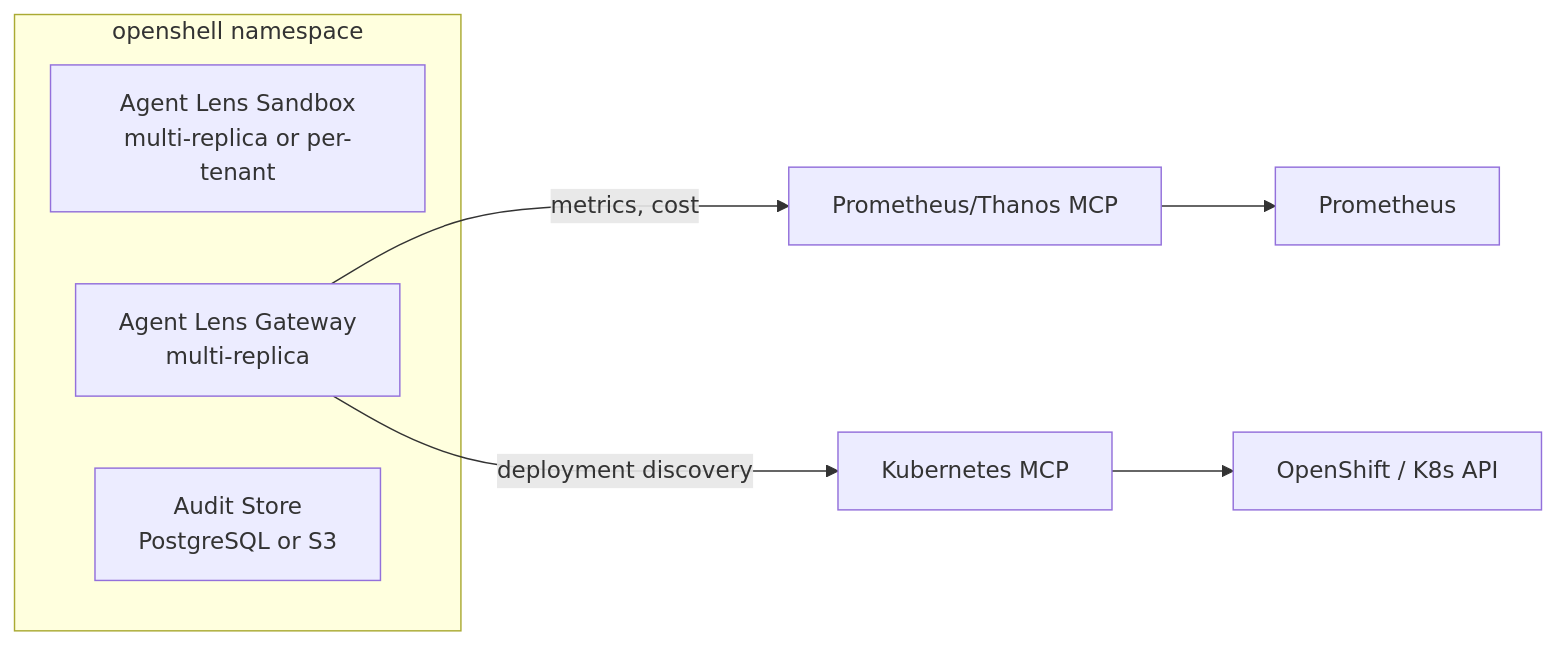
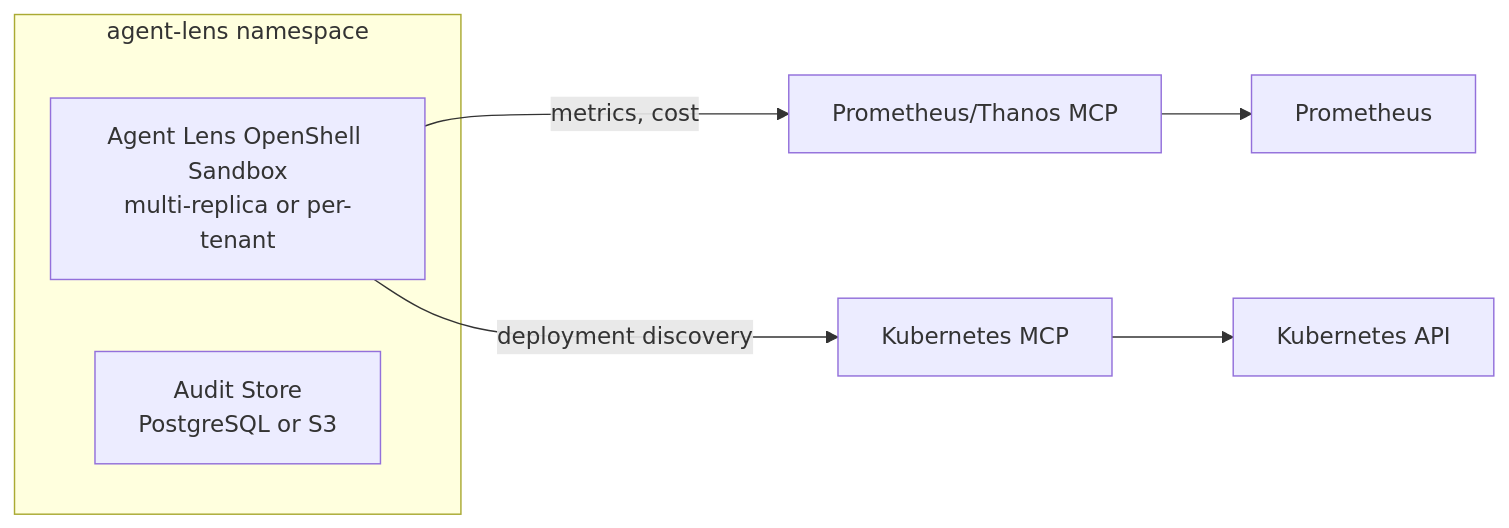
One commit to rrbanda/agent-lens changed the second of 3 diagrams in docs/product/roadmap.md. Above: the diagram before and after it, drawn with Mermaid. The commit also changed other lines of this file and 3 other files, not shown here.

First line of the commit message:
docs: add OpenShell sandbox security story, clean up roadmap

````diff
--- a/docs/product/roadmap.md
+++ b/docs/product/roadmap.md
@@ -136,13 +133,12 @@
 ```mermaid
 flowchart LR
-    subgraph ns [openshell namespace]
-        Sandbox[Agent Lens Sandbox\nmulti-replica or per-tenant]
-        Gateway[Agent Lens Gateway\nmulti-replica]
+    subgraph ns [agent-lens namespace]
+        Sandbox[Agent Lens OpenShell Sandbox\nmulti-replica or per-tenant]
         Audit[Audit Store\nPostgreSQL or S3]
     end
 
-    Gateway -->|metrics, cost| Prom[Prometheus/Thanos MCP]
+    Sandbox -->|metrics, cost| Prom[Prometheus/Thanos MCP]
     Prom --> PromSrv[Prometheus]
-    Gateway -->|deployment discovery| K8s[Kubernetes MCP]
-    K8s --> API[OpenShift / K8s API]
+    Sandbox -->|deployment discovery| K8s[Kubernetes MCP]
+    K8s --> API[Kubernetes API]
 ```
````
